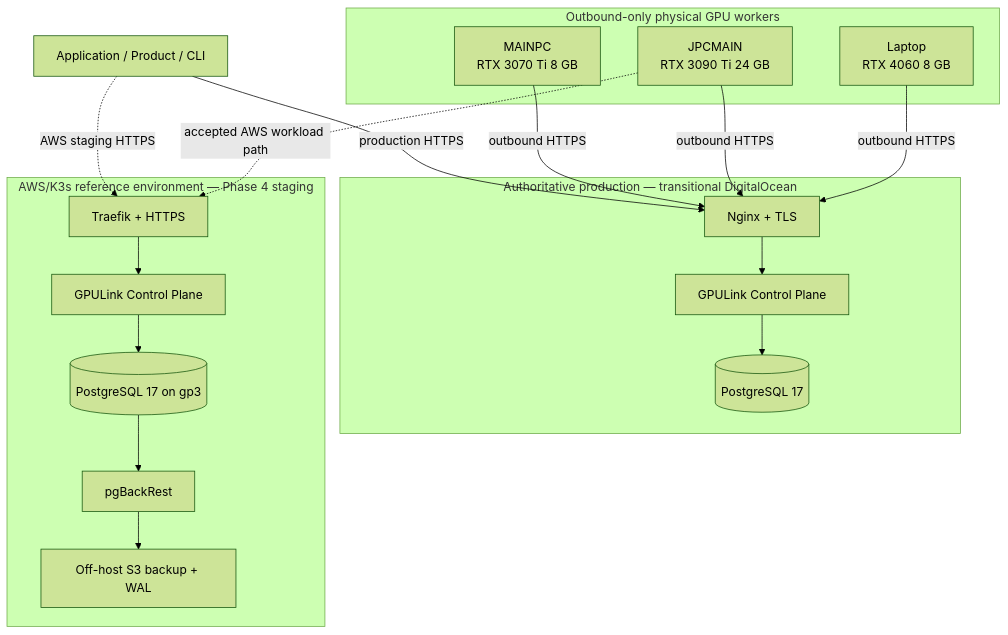
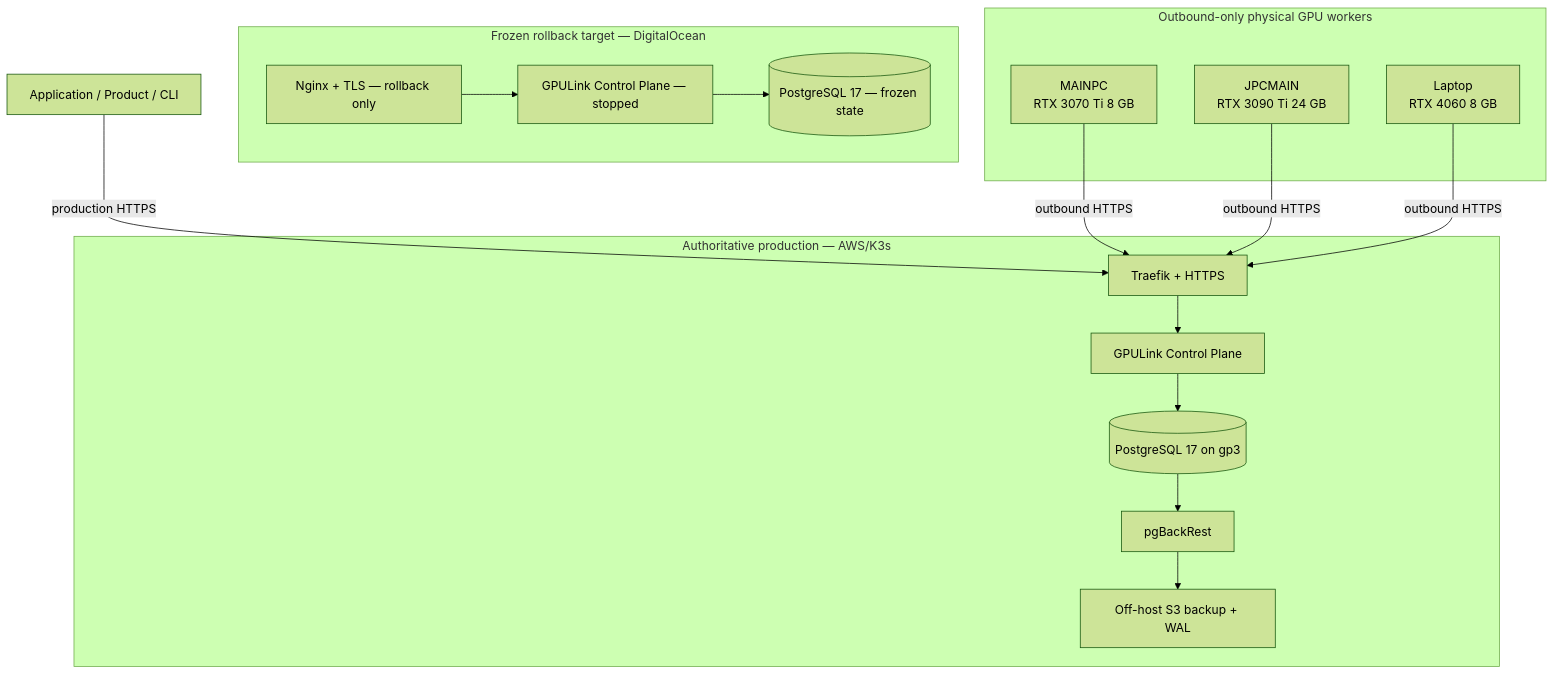
Before and after one commit to JCrossoverGithub/GPULink: the diagram in README.md, drawn with Mermaid (forest theme). The commit also changed other lines of this file and 4 other files, not shown here.

Commit message:
Document AWS Phase 4E production acceptance

````diff
--- a/README.md
+++ b/README.md
@@ -173,40 +179,37 @@
 ```mermaid
 flowchart TD
     Client["Application / Product / CLI"]
 
-    subgraph DO["Authoritative production — transitional DigitalOcean"]
-        Nginx["Nginx + TLS"]
-        DOControl["GPULink Control Plane"]
-        DOPostgres[("PostgreSQL 17")]
+    subgraph DO["Frozen rollback target — DigitalOcean"]
+        Nginx["Nginx + TLS — rollback only"]
+        DOControl["GPULink Control Plane — stopped"]
+        DOPostgres[("PostgreSQL 17 — frozen state")]
     end
 
-    subgraph AWS["AWS/K3s reference environment — Phase 4 staging"]
+    subgraph AWS["Authoritative production — AWS/K3s"]
         Traefik["Traefik + HTTPS"]
         AWSControl["GPULink Control Plane"]
         AWSPostgres[("PostgreSQL 17 on gp3")]
         Recovery["pgBackRest"]
         S3["Off-host S3 backup + WAL"]
     end
 
     subgraph Fleet["Outbound-only physical GPU workers"]
         GPU1["MAINPC\nRTX 3070 Ti 8 GB"]
         GPU2["JPCMAIN\nRTX 3090 Ti 24 GB"]
         GPU3["Laptop\nRTX 4060 8 GB"]
     end
 
-    Client -->|"production HTTPS"| Nginx
+    Client -->|"production HTTPS"| Traefik
+
     Nginx --> DOControl
     DOControl --> DOPostgres
-
-    Client -.->|"AWS staging HTTPS"| Traefik
     Traefik --> AWSControl
     AWSControl --> AWSPostgres
     AWSPostgres --> Recovery
     Recovery --> S3
 
-    GPU1 -->|"outbound HTTPS"| Nginx
-    GPU2 -->|"outbound HTTPS"| Nginx
-    GPU3 -->|"outbound HTTPS"| Nginx
-
-    GPU2 -.->|"accepted AWS workload path"| Traefik
+    GPU1 -->|"outbound HTTPS"| Traefik
+    GPU2 -->|"outbound HTTPS"| Traefik
+    GPU3 -->|"outbound HTTPS"| Traefik
 ```
````
